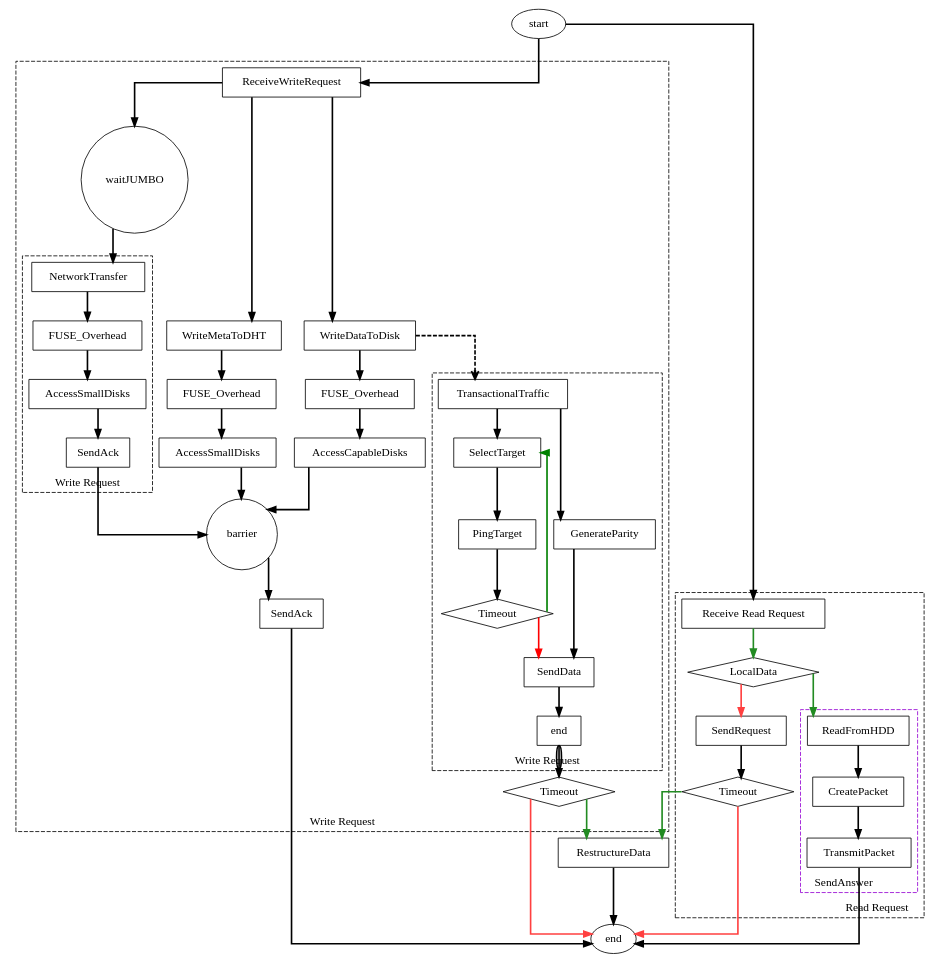
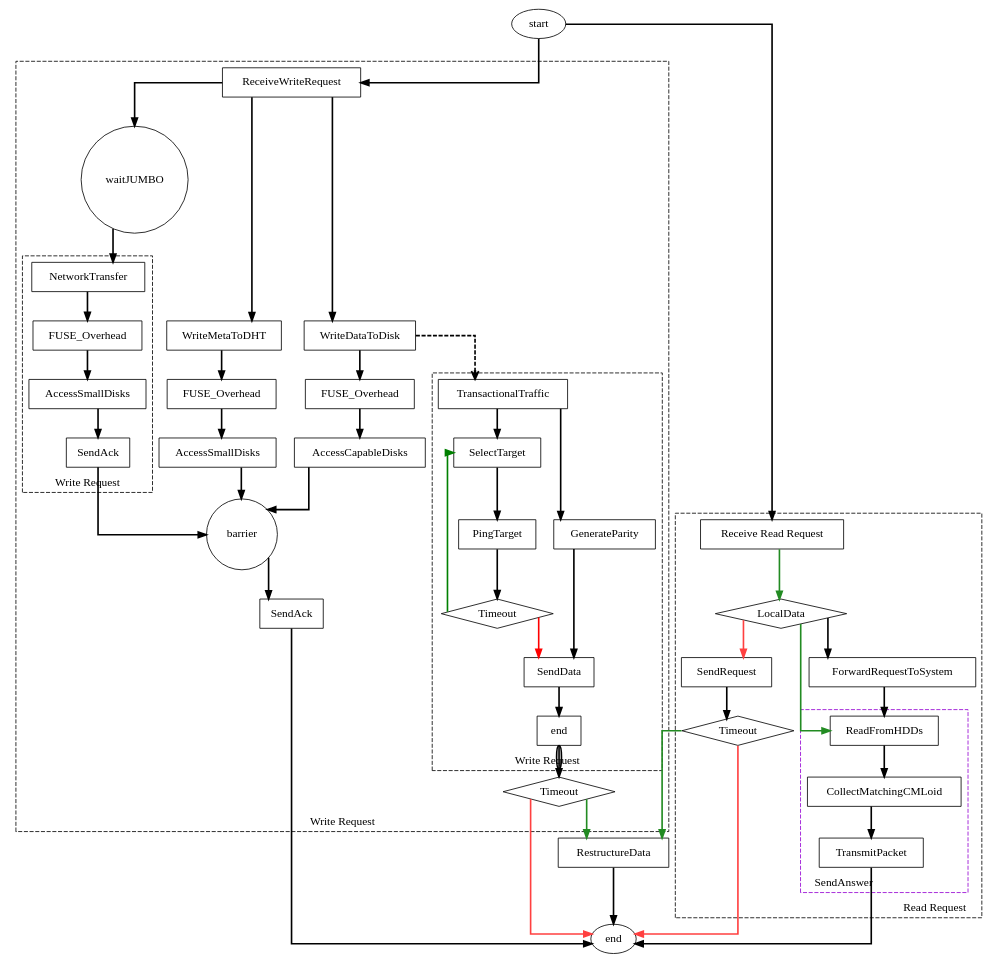
One commit to DanX3/ddn_dht changed the diagram in graphs/server.gv. Above: the diagram before and after it, drawn with Graphviz. The commit also changed 7 other files, not shown here.

```diff
--- a/graphs/server.gv
+++ b/graphs/server.gv
@@ -1,71 +1,73 @@
 digraph {
     style = dashed
     splines=ortho
     nodesep=0.3
     node [shape=box]
     start [shape=oval]
     edge [penwidth=2]
     end [shape=oval]
 
     start -> "Receive Read Request"
     subgraph cluster_0 {
         label = "Read Request" labelloc="b" labeljust="r"
         timeout_1[shape=diamond label="Timeout"]
         LocalData [shape=diamond]
 
-        "Receive Read Request" -> LocalData -> ReadFromHDD [color=forestgreen]
+        "Receive Read Request" -> LocalData -> ReadFromHDDs [color=forestgreen]
 
         subgraph cluster {
             label = "SendAnswer" labelloc="b" labeljust="l"
             color = darkviolet
 
-            ReadFromHDD -> CreatePacket -> TransmitPacket
+            ReadFromHDDs -> CollectMatchingCMLoid -> TransmitPacket
         }
+
+        LocalData -> ForwardRequestToSystem -> ReadFromHDDs
 
         LocalData -> SendRequest [color=brown1]
         SendRequest -> timeout_1
     }
     TransmitPacket -> end
     timeout_1 -> RestructureData [color=forestgreen]
     timeout_1 -> end [color=brown1]
 
     start -> ReceiveWriteRequest
     subgraph cluster {
         label = "Write Request" labelloc="b"
         timeout_2[label="Timeout" shape=diamond]
         barrier[shape=circle label="barrier"]
         waitJUMBO [shape=circle]
         accessSmallDisks[label="AccessSmallDisks"]
         FUSE_Overhead_2 [label=FUSE_Overhead]
         WriteDataToDisk -> TransactionalTraffic [arrowhead=open style=dashed]
 
         ReceiveWriteRequest ->  WriteDataToDisk -> FUSE_Overhead -> AccessCapableDisks -> barrier
         ReceiveWriteRequest -> WriteMetaToDHT -> FUSE_Overhead_2 -> accessSmallDisks ->barrier
         ReceiveWriteRequest -> waitJUMBO -> NetworkTransfer
         subgraph cluster_propagation {
             FUSE [label="FUSE_Overhead"]
             send_ack[label="SendAck"]
             NetworkTransfer -> FUSE -> 
             AccessSmallDisks -> send_ack
         }
         send_ack -> barrier
         barrier -> SendAck
 
         #subgraph for TransactionalTraffic
         subgraph cluster_1 {
             endTrans [label="end"]
             TransTimeout[label="Timeout" shape=diamond]
             TransactionalTraffic -> SelectTarget -> PingTarget -> TransTimeout
             TransTimeout -> SendData [color=red]
             TransTimeout -> SelectTarget [color=green]
             TransactionalTraffic -> GenerateParity -> SendData ->  endTrans
         }
         endTrans -> timeout_2 [color="black:invis:black:invis:black"
             edgetooltip="Calls to multiple nodes"]
     }
     timeout_2 -> end [color=brown1]
     timeout_2 -> RestructureData [color=forestgreen]
     RestructureData -> end
     SendAck -> end
 
 }
```
